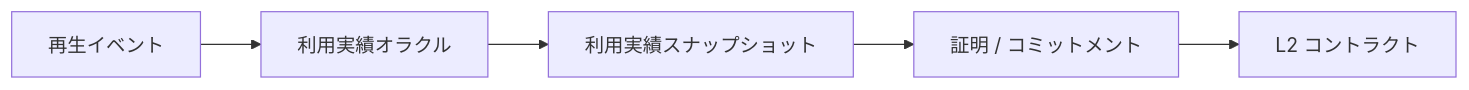
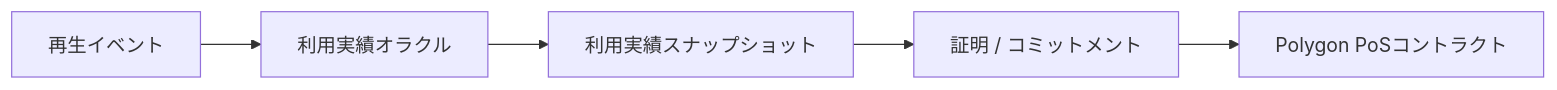
One commit to ShigeichiroYamasaki/creator-first-platform changed the third of 4 diagrams in docs/adr/ADR-0007-blockchain-l2-strategy.md. Above: the diagram before and after it, drawn with Mermaid. The commit also changed other lines of this file and 8 other files, not shown here.

````diff
--- a/docs/adr/ADR-0007-blockchain-l2-strategy.md
+++ b/docs/adr/ADR-0007-blockchain-l2-strategy.md
@@ -332,10 +342,10 @@
 ```mermaid
 flowchart LR
     EVENTS[再生イベント]
     ORACLE[利用実績オラクル]
     SNAP[利用実績スナップショット]
     PROOF[証明 / コミットメント]
-    L2[L2 コントラクト]
+    POS[Polygon PoSコントラクト]
 
-    EVENTS --> ORACLE --> SNAP --> PROOF --> L2
+    EVENTS --> ORACLE --> SNAP --> PROOF --> POS
 ```
````
